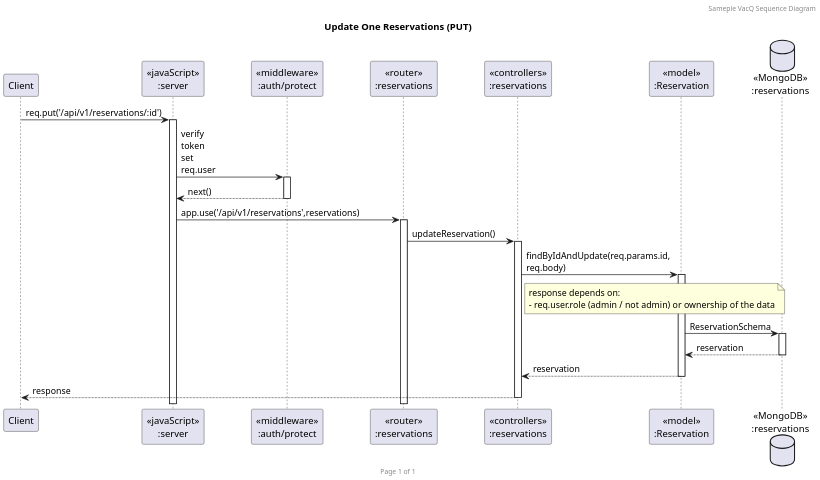
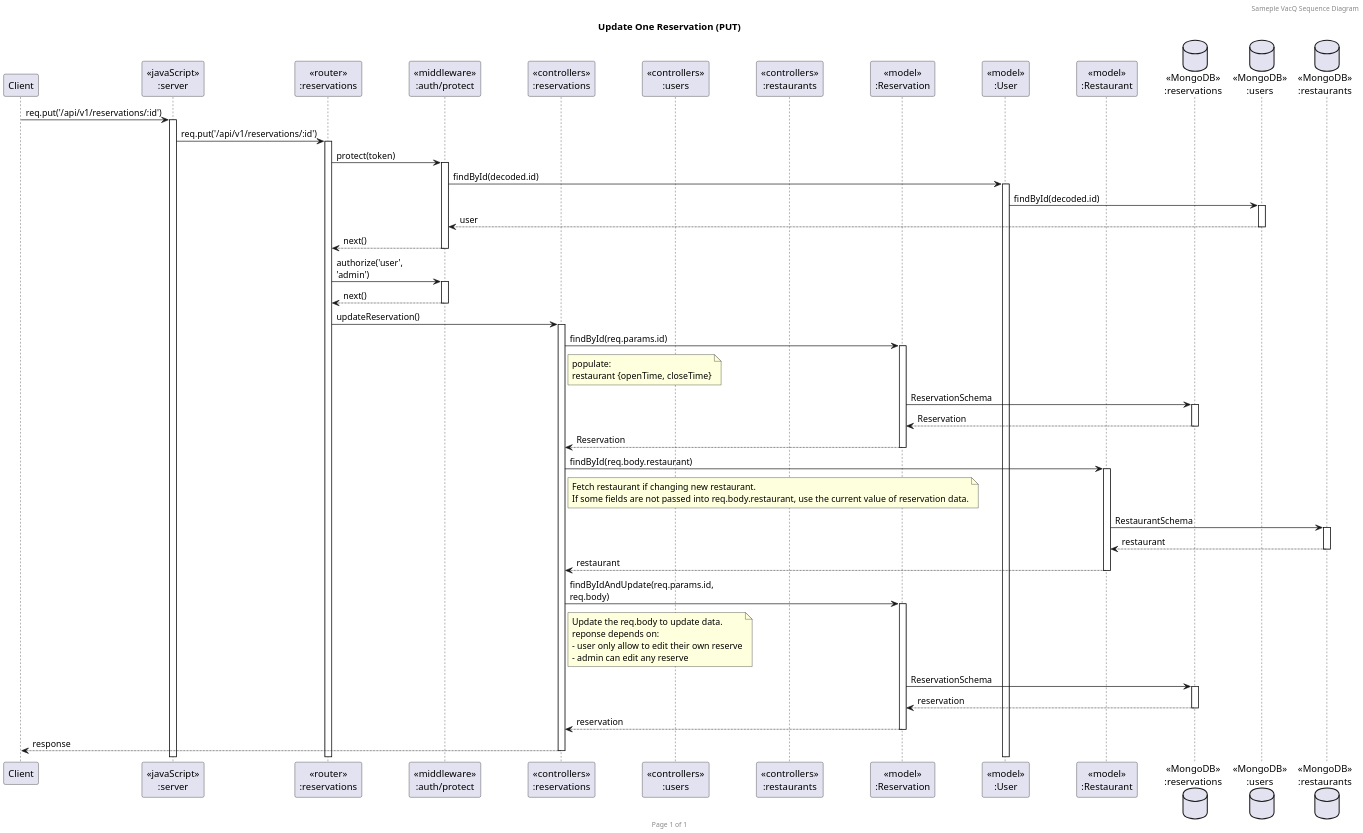
Before and after one commit to 2110503-CEDT68/be-project-68-confutatis: the diagram in UML/Reservations/Update_One.puml, drawn with PlantUML. The commit also changed 5 other files, not shown here.

Commit message:
fix: uml, reservation update -> restaurant fetching only if change new restaurant

```diff
--- a/UML/Reservations/Update_One.puml
+++ b/UML/Reservations/Update_One.puml
@@ -1,42 +1,76 @@
 @startuml Manage Reservation (PUT)
 
 header Sameple VacQ Sequence Diagram
 footer Page %page% of %lastpage%
-title "Update One Reservations (PUT)"
+title "Update One Reservation (PUT)"
 
 skinparam dpi 180
 skinparam ParticipantPadding 30
 skinparam MessagePadding 25
 skinparam maxMessageSize 40
 
 participant "Client" as client
 participant "<<javaScript>>\n:server" as server
+participant "<<router>>\n:reservations" as routerReservations
 participant "<<middleware>>\n:auth/protect" as middleware
-participant "<<router>>\n:reservations" as routerReservations
 participant "<<controllers>>\n:reservations" as controllersReservations
+participant "<<controllers>>\n:users" as controllersUsers
+participant "<<controllers>>\n:restaurants" as controllersRestaurants
 participant "<<model>>\n:Reservation" as modelReservation
+participant "<<model>>\n:User" as modelUser
+participant "<<model>>\n:Restaurant" as modelRestaurant
 database "<<MongoDB>>\n:reservations" as ReservationsDatabase
+database "<<MongoDB>>\n:users" as UsersDatabase
+database "<<MongoDB>>\n:restaurants" as RestaurantsDatabase
 
 client -> server ++: req.put('/api/v1/reservations/:id')
-server -> middleware ++: verify token\nset req.user
-middleware --> server --: next()
+server -> routerReservations ++: req.put('/api/v1/reservations/:id')
+routerReservations -> middleware ++: protect(token)
+middleware -> modelUser ++: findById(decoded.id)
+modelUser -> UsersDatabase ++: findById(decoded.id)
+UsersDatabase --> middleware --: user
+middleware --> routerReservations --: next()
 
-server -> routerReservations ++: app.use('/api/v1/reservations',reservations)
-
+routerReservations -> middleware ++: authorize('user', 'admin')
+middleware --> routerReservations --: next()
 
 routerReservations -> controllersReservations ++: updateReservation()
+
+controllersReservations -> modelReservation ++: findById(req.params.id)
+
+note right of controllersReservations
+populate:
+restaurant {openTime, closeTime}
+end note
+
+modelReservation -> ReservationsDatabase ++: ReservationSchema
+ReservationsDatabase --> modelReservation --: Reservation
+modelReservation --> controllersReservations --: Reservation
+
+controllersReservations -> modelRestaurant ++: findById(req.body.restaurant)
+
+note right of controllersReservations
+Fetch restaurant if changing new restaurant.
+If some fields are not passed into req.body.restaurant, use the current value of reservation data.
+end note
+
+modelRestaurant -> RestaurantsDatabase ++: RestaurantSchema
+RestaurantsDatabase --> modelRestaurant --: restaurant
+modelRestaurant --> controllersReservations --: restaurant
 
 controllersReservations -> modelReservation ++: findByIdAndUpdate(req.params.id, req.body)
 
 note right of controllersReservations
-response depends on:
-- req.user.role (admin / not admin) or ownership of the data
+Update the req.body to update data.
+reponse depends on:
+- user only allow to edit their own reserve
+- admin can edit any reserve
 end note
 
 modelReservation -> ReservationsDatabase ++: ReservationSchema
 ReservationsDatabase --> modelReservation --: reservation
 modelReservation --> controllersReservations --: reservation
 
 controllersReservations --> client --: response
 
 @enduml
```
